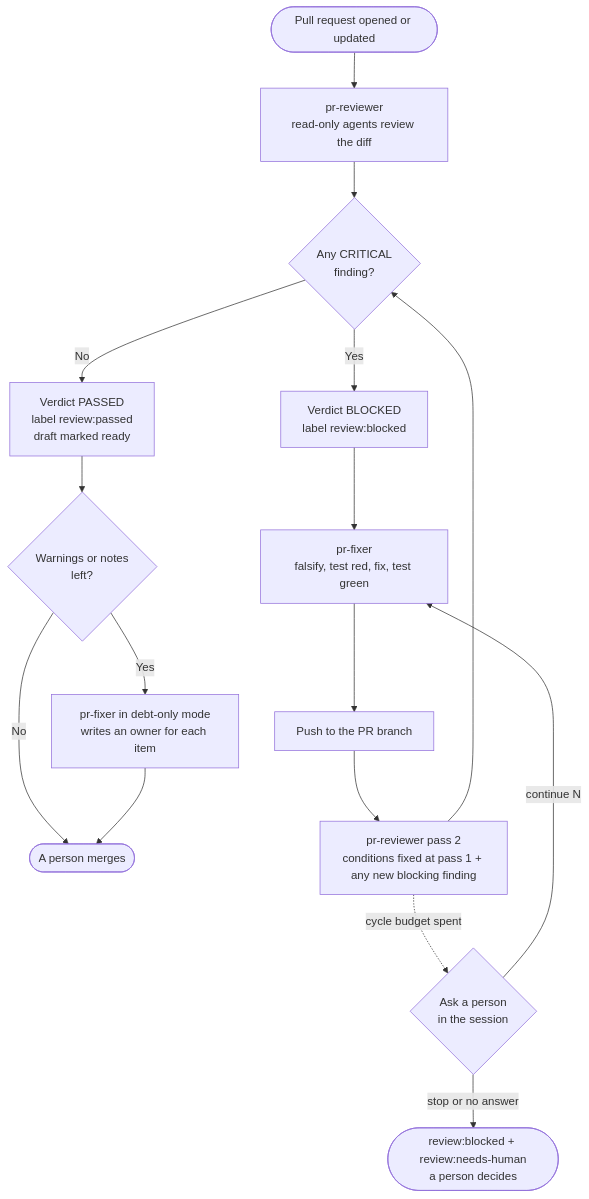
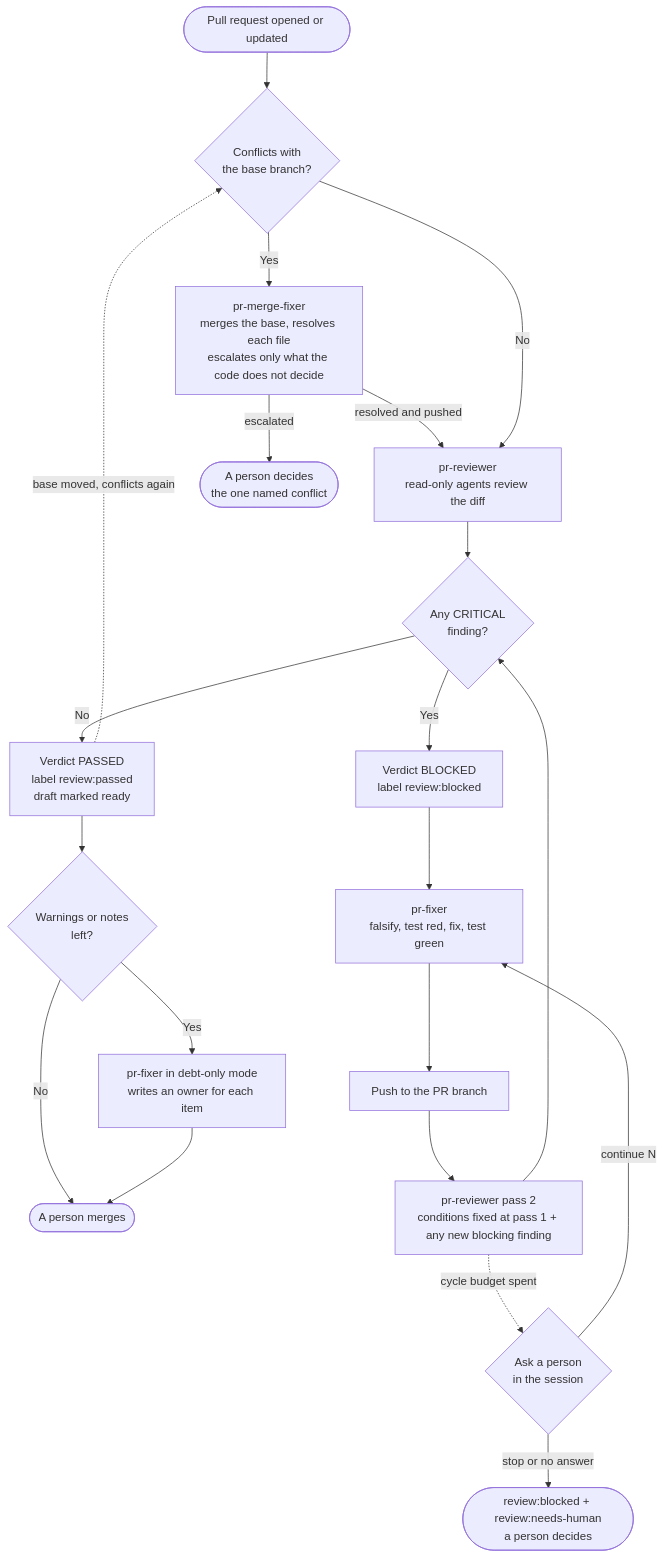
One commit to jonyfs/pr-reviewer-fixer changed the diagram in docs/diagrams/01-overview.mmd. Above: the diagram before and after it, drawn with Mermaid. The commit also changed 47 other files, not shown here.

First line of the commit message:
0.20.0: pr-merge-fixer, clearer reports, new docs and site

```diff
--- a/docs/diagrams/01-overview.mmd
+++ b/docs/diagrams/01-overview.mmd
@@ -1,16 +1,21 @@
 flowchart TD
-    A([Pull request opened or updated]) --> B[pr-reviewer<br/>read-only agents review the diff]
+    A([Pull request opened or updated]) --> X{Conflicts with<br/>the base branch?}
+    X -- Yes --> MF[pr-merge-fixer<br/>merges the base, resolves each file<br/>escalates only what the code does not decide]
+    MF -- resolved and pushed --> B
+    MF -- escalated --> Q([A person decides<br/>the one named conflict])
+    X -- No --> B[pr-reviewer<br/>read-only agents review the diff]
     B --> C{Any CRITICAL<br/>finding?}
     C -- No --> D[Verdict PASSED<br/>label review:passed<br/>draft marked ready]
     C -- Yes --> E[Verdict BLOCKED<br/>label review:blocked]
     D --> F{Warnings or notes<br/>left?}
+    D -. base moved, conflicts again .-> X
     F -- Yes --> G[pr-fixer in debt-only mode<br/>writes an owner for each item]
     F -- No --> H([A person merges])
     G --> H
     E --> I[pr-fixer<br/>falsify, test red, fix, test green]
     I --> J[Push to the PR branch]
     J --> K[pr-reviewer pass 2<br/>conditions fixed at pass 1 + any new blocking finding]
     K --> C
     K -. cycle budget spent .-> L{Ask a person<br/>in the session}
     L -- continue N --> I
     L -- stop or no answer --> M([review:blocked + review:needs-human<br/>a person decides])
```
